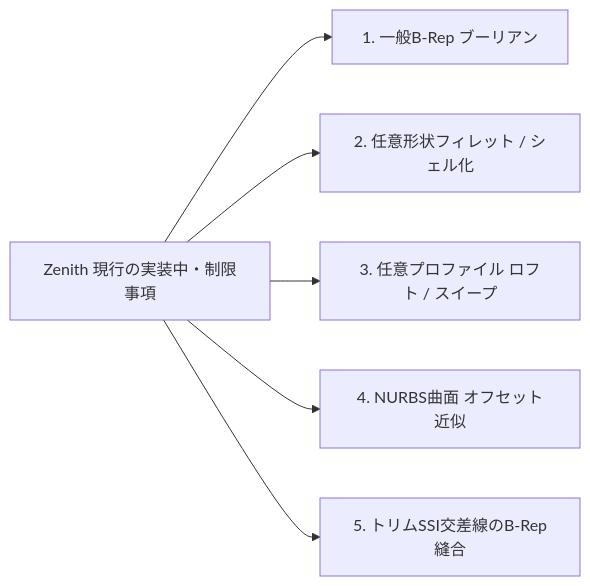
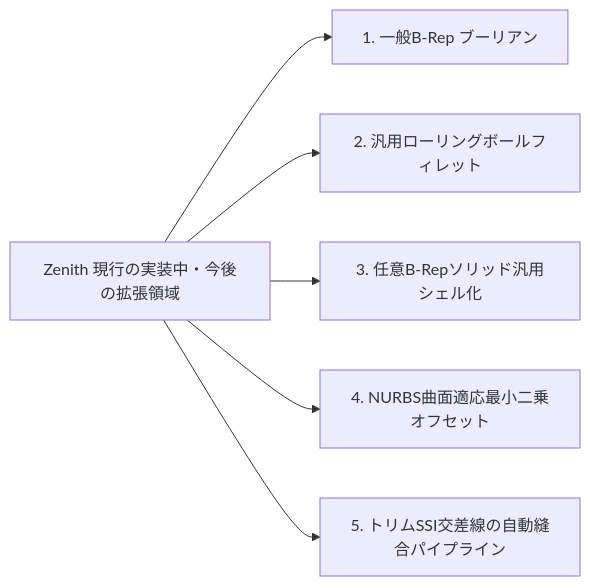
One commit to hinatahugu29/zenith-cad-kernel changed the third of 3 diagrams in KERNEL_INVENTORY_SPECS.md. Above: the diagram before and after it, drawn with Mermaid. The commit also changed other lines of this file, not shown here.

````diff
--- a/KERNEL_INVENTORY_SPECS.md
+++ b/KERNEL_INVENTORY_SPECS.md
@@ -324,8 +335,8 @@
 ```mermaid
 graph LR
-    WIP[Zenith 現行の実装中・制限事項] --> W1[1. 一般B-Rep ブーリアン]
-    WIP --> W2[2. 任意形状フィレット / シェル化]
-    WIP --> W3[3. 任意プロファイル ロフト / スイープ]
-    WIP --> W4[4. NURBS曲面 オフセット近似]
-    WIP --> W5[5. トリムSSI交差線のB-Rep縫合]
+    WIP[Zenith 現行の実装中・今後の拡張領域] --> W1[1. 一般B-Rep ブーリアン]
+    WIP --> W2[2. 汎用ローリングボールフィレット]
+    WIP --> W3[3. 任意B-Repソリッド汎用シェル化]
+    WIP --> W4[4. NURBS曲面適応最小二乗オフセット]
+    WIP --> W5[5. トリムSSI交差線の自動縫合パイプライン]
 ```
````
